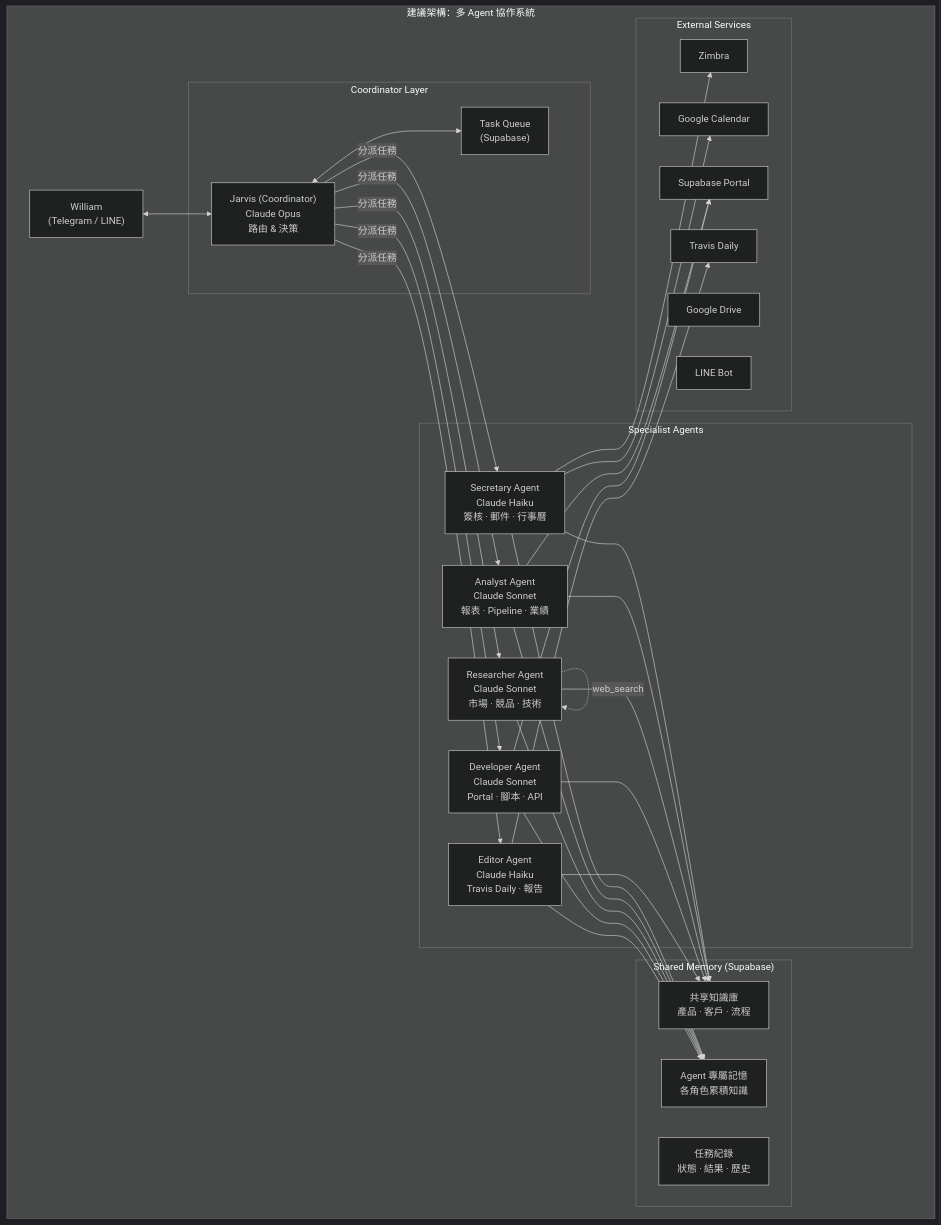
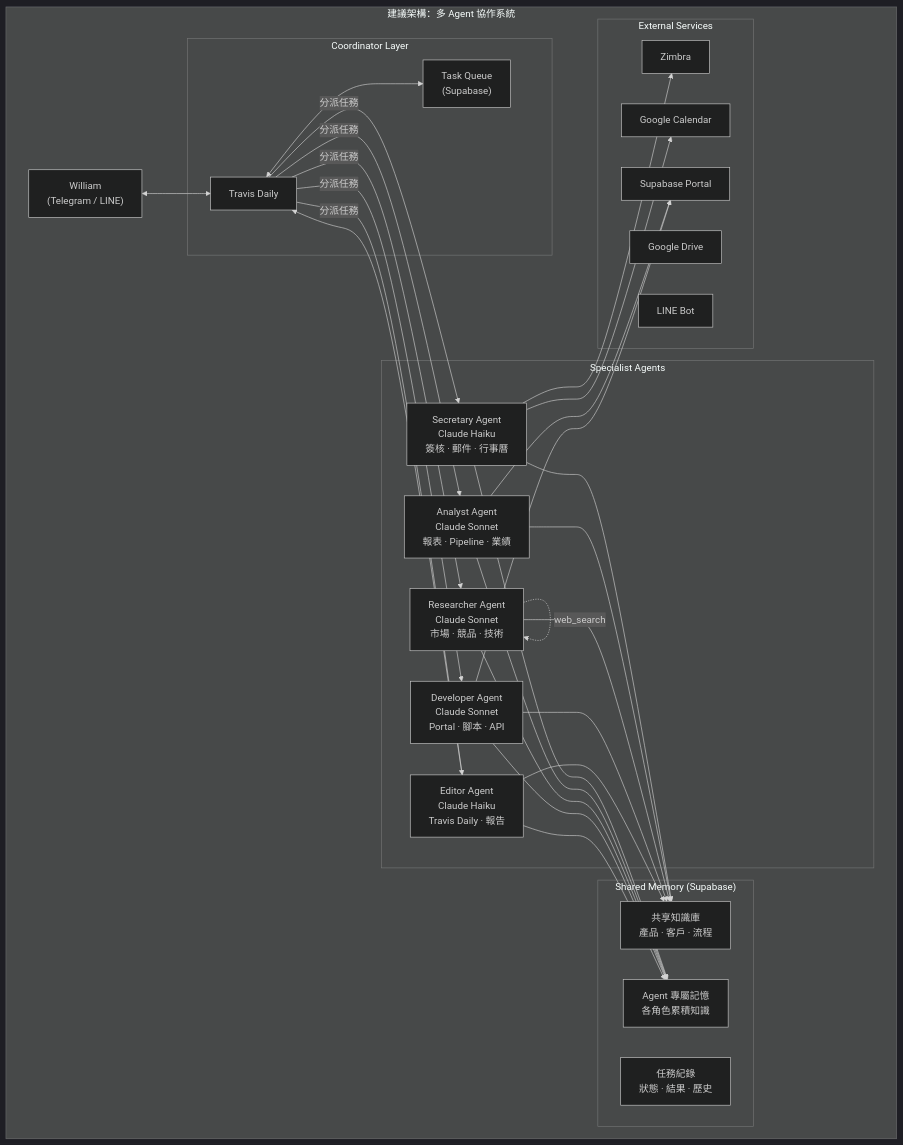
One commit to shimotmr/travis-daily changed the fourth of 6 diagrams in content/reports/multi-agent-architecture.md. Above: the diagram before and after it, drawn with Mermaid (dark theme). The commit also changed other lines of this file and 18 other files, not shown here.

Commit message:
fix: Jarvis → Travis brand rename (src + content)

````diff
--- a/content/reports/multi-agent-architecture.md
+++ b/content/reports/multi-agent-architecture.md
@@ -208,62 +208,62 @@
 ```mermaid
 graph TB
     subgraph "建議架構：多 Agent 協作系統"
         William["William<br/>(Telegram / LINE)"]
         
         subgraph "Coordinator Layer"
-            Jarvis["Jarvis (Coordinator)<br/>Claude Opus<br/>路由 & 決策"]
+            Travis["Travis (Coordinator)<br/>Claude Opus<br/>路由 & 決策"]
             TaskQ["Task Queue<br/>(Supabase)"]
         end
         
         subgraph "Specialist Agents"
             Secretary["Secretary Agent<br/>Claude Haiku<br/>簽核 · 郵件 · 行事曆"]
             Analyst["Analyst Agent<br/>Claude Sonnet<br/>報表 · Pipeline · 業績"]
             Researcher["Researcher Agent<br/>Claude Sonnet<br/>市場 · 競品 · 技術"]
             Developer["Developer Agent<br/>Claude Sonnet<br/>Portal · 腳本 · API"]
             Editor["Editor Agent<br/>Claude Haiku<br/>Travis Daily · 報告"]
         end
         
         subgraph "Shared Memory (Supabase)"
             SharedMem["共享知識庫<br/>產品 · 客戶 · 流程"]
             TaskLog["任務紀錄<br/>狀態 · 結果 · 歷史"]
             AgentMem["Agent 專屬記憶<br/>各角色累積知識"]
         end
         
         subgraph "External Services"
             Zimbra["Zimbra"]
             Portal["Supabase Portal"]
             GDrive["Google Drive"]
             LINE["LINE Bot"]
             Travis["Travis Daily"]
             GCal["Google Calendar"]
         end
         
-        William <--> Jarvis
-        Jarvis <--> TaskQ
+        William <--> Travis
+        Travis <--> TaskQ
         
-        Jarvis -->|分派任務| Secretary
-        Jarvis -->|分派任務| Analyst
-        Jarvis -->|分派任務| Researcher
-        Jarvis -->|分派任務| Developer
-        Jarvis -->|分派任務| Editor
+        Travis -->|分派任務| Secretary
+        Travis -->|分派任務| Analyst
+        Travis -->|分派任務| Researcher
+        Travis -->|分派任務| Developer
+        Travis -->|分派任務| Editor
         
         Secretary --> Zimbra
         Secretary --> GCal
         Analyst --> Portal
         Researcher -.->|web_search| Researcher
         Developer --> Portal
         Editor --> Travis
         
         Secretary --> SharedMem
         Analyst --> SharedMem
         Researcher --> SharedMem
         Developer --> SharedMem
         Editor --> SharedMem
         
         Secretary --> AgentMem
         Analyst --> AgentMem
         Researcher --> AgentMem
         Developer --> AgentMem
         Editor --> AgentMem
     end
 ```
````
